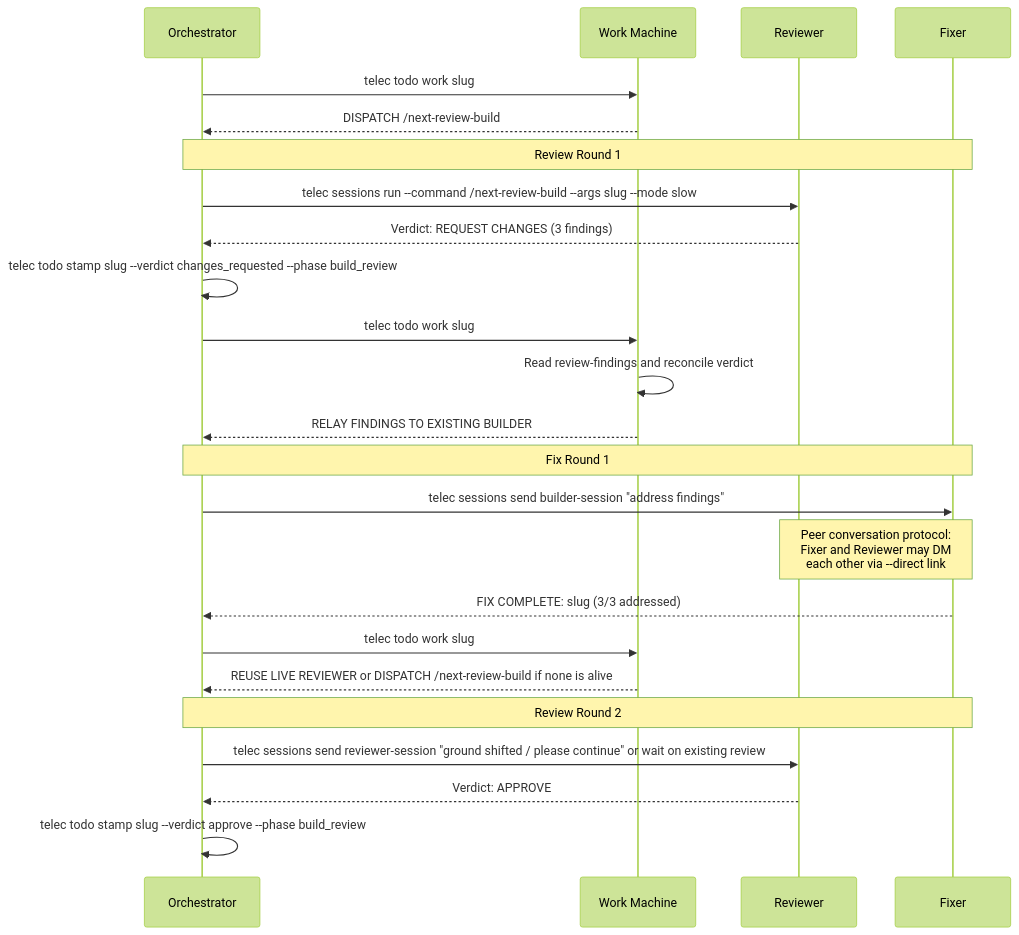
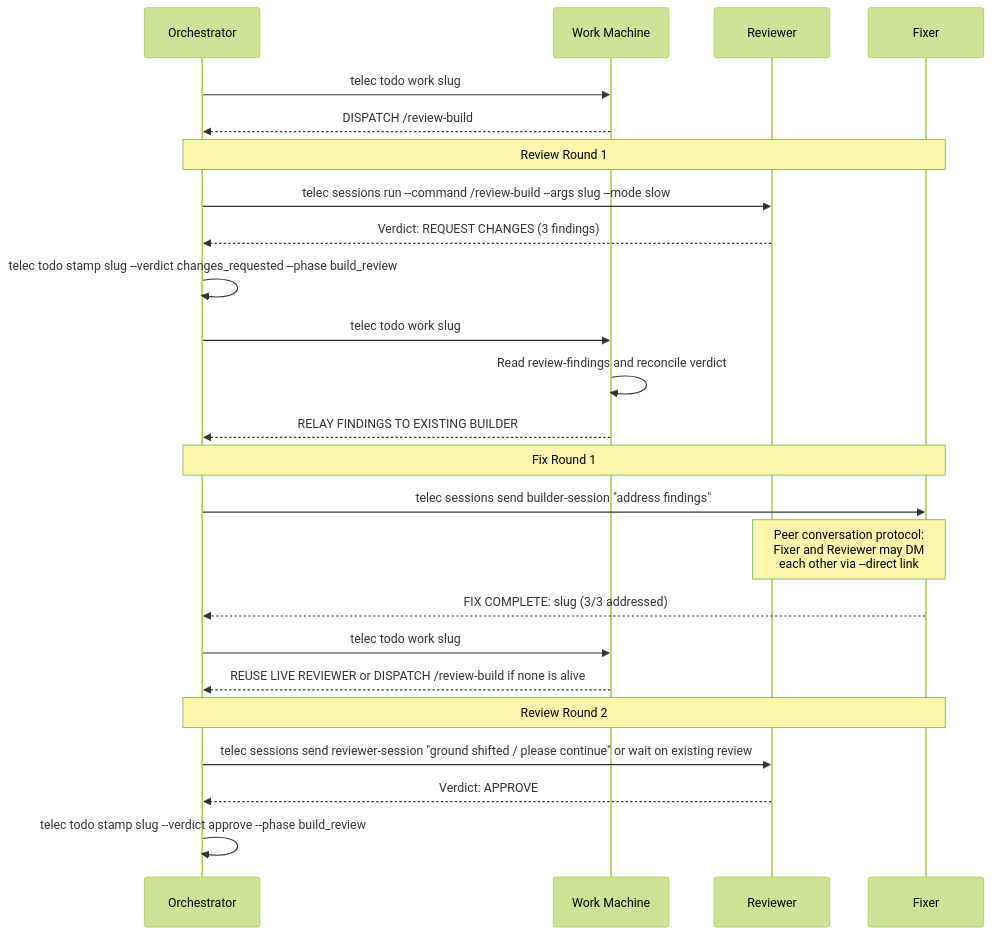
The fifth of 5 diagrams in docs/project/design/architecture/work-state-machine.md (InstruktAI/TeleClaude), drawn with Mermaid (forest theme) before and after one commit. The commit also changed other lines of this file and 316 other files, not shown here.

````diff
--- a/docs/project/design/architecture/work-state-machine.md
+++ b/docs/project/design/architecture/work-state-machine.md
@@ -234,32 +233,32 @@
 ```mermaid
 sequenceDiagram
     participant O as Orchestrator
     participant SM as Work Machine
     participant R as Reviewer
     participant F as Fixer
 
     O->>SM: telec todo work slug
-    SM-->>O: DISPATCH /next-review-build
+    SM-->>O: DISPATCH /review-build
 
     Note over O,F: Review Round 1
-    O->>R: telec sessions run --command /next-review-build --args slug --mode slow
+    O->>R: telec sessions run --command /review-build --args slug --mode slow
     R-->>O: Verdict: REQUEST CHANGES (3 findings)
     O->>O: telec todo stamp slug --verdict changes_requested --phase build_review
 
     O->>SM: telec todo work slug
     SM->>SM: Read review-findings and reconcile verdict
     SM-->>O: RELAY FINDINGS TO EXISTING BUILDER
 
     Note over O,F: Fix Round 1
     O->>F: telec sessions send builder-session "address findings"
     Note over R,F: Peer conversation protocol:<br/>Fixer and Reviewer may DM<br/>each other via --direct link
     F-->>O: FIX COMPLETE: slug (3/3 addressed)
 
     O->>SM: telec todo work slug
-    SM-->>O: REUSE LIVE REVIEWER or DISPATCH /next-review-build if none is alive
+    SM-->>O: REUSE LIVE REVIEWER or DISPATCH /review-build if none is alive
 
     Note over O,F: Review Round 2
     O->>R: telec sessions send reviewer-session "ground shifted / please continue" or wait on existing review
     R-->>O: Verdict: APPROVE
     O->>O: telec todo stamp slug --verdict approve --phase build_review
 ```
````
